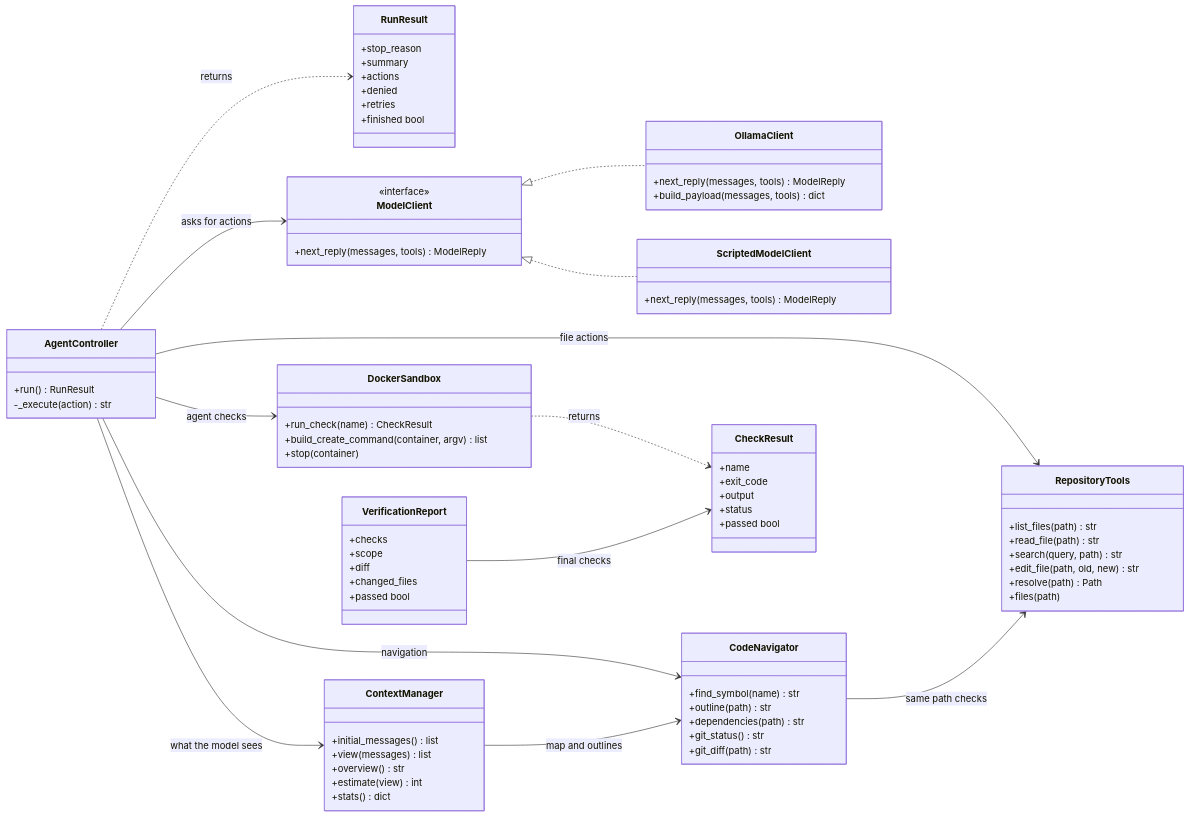
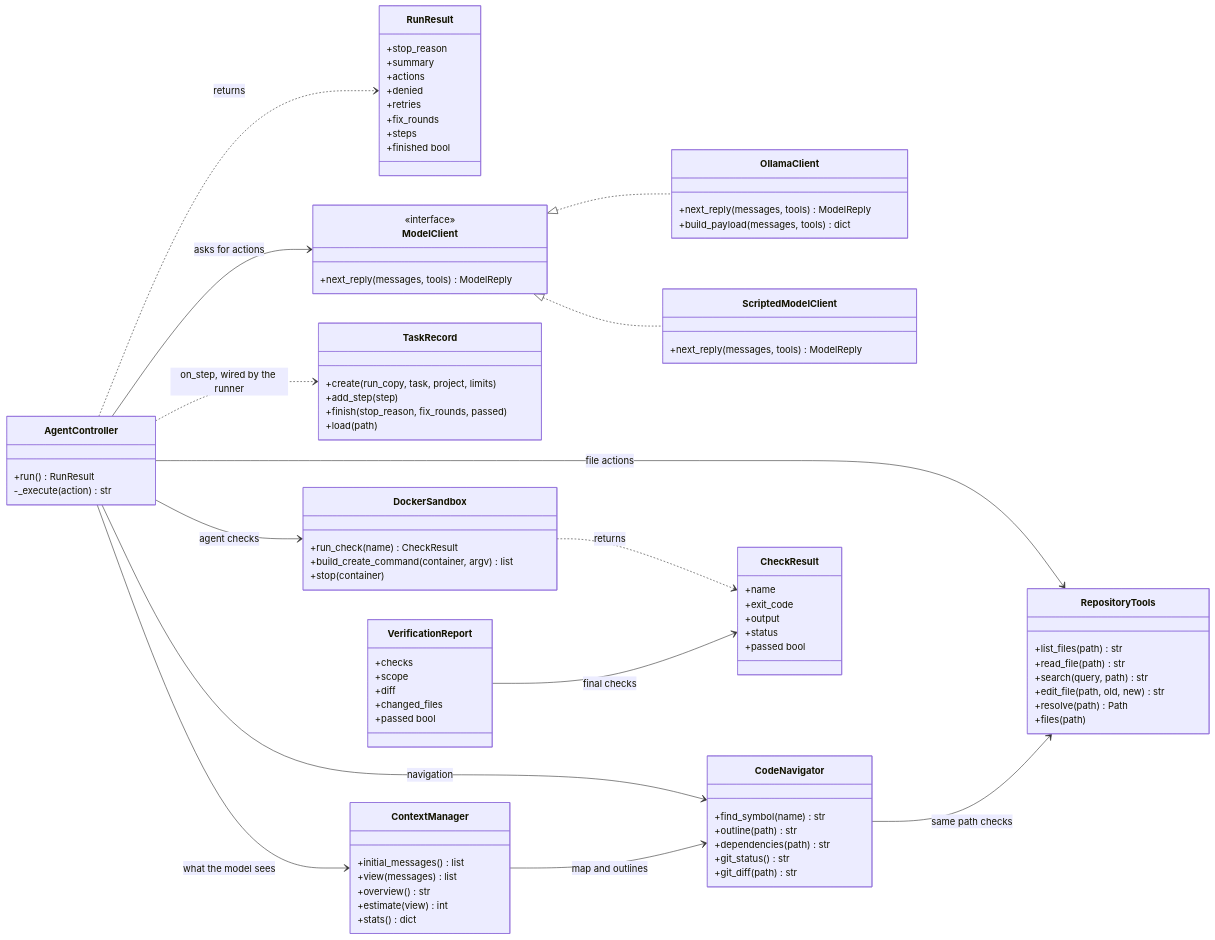
One commit to linda-gan/swe25-aaia-coding-harness changed the second of 5 diagrams in README.md. Above: the diagram before and after it, drawn with Mermaid. The commit also changed other lines of this file and 15 other files, not shown here.

Commit message:
Add task record, step log and harness-run edit-test-fix loop

````diff
--- a/README.md
+++ b/README.md
@@ -231,6 +244,8 @@
         +actions
         +denied
         +retries
+        +fix_rounds
+        +steps
         +finished bool
     }
     class ModelClient {
@@ -251,6 +266,12 @@
         +edit_file(path, old, new) str
         +resolve(path) Path
         +files(path)
+    }
+    class TaskRecord {
+        +create(run_copy, task, project, limits)
+        +add_step(step)
+        +finish(stop_reason, fix_rounds, passed)
+        +load(path)
     }
     class ContextManager {
         +initial_messages() list
@@ -295,6 +316,7 @@
     CodeNavigator --> RepositoryTools : same path checks
     AgentController --> DockerSandbox : agent checks
     AgentController ..> RunResult : returns
+    AgentController ..> TaskRecord : on_step, wired by the runner
     DockerSandbox ..> CheckResult : returns
     VerificationReport --> CheckResult : final checks
 ```
````
